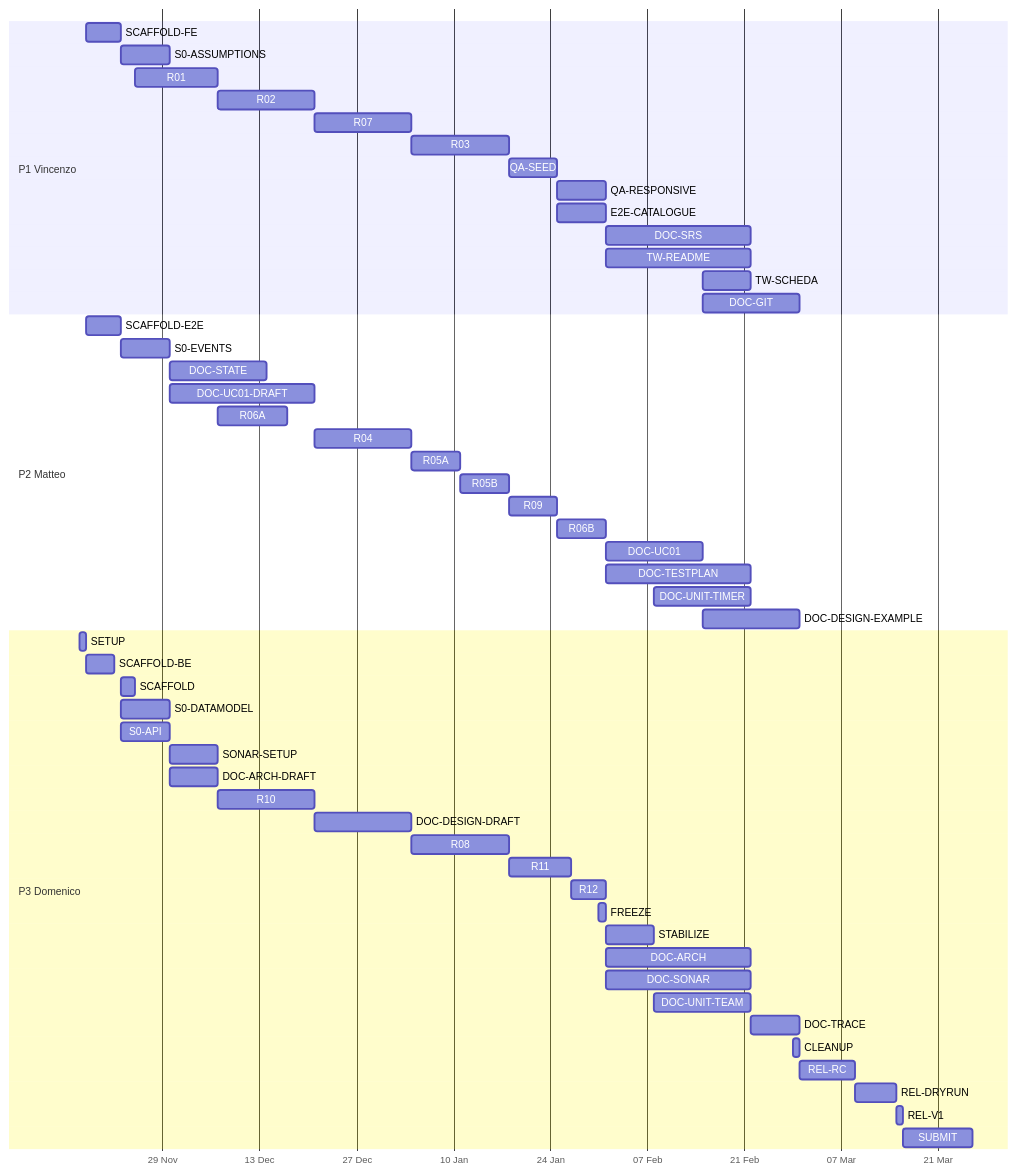
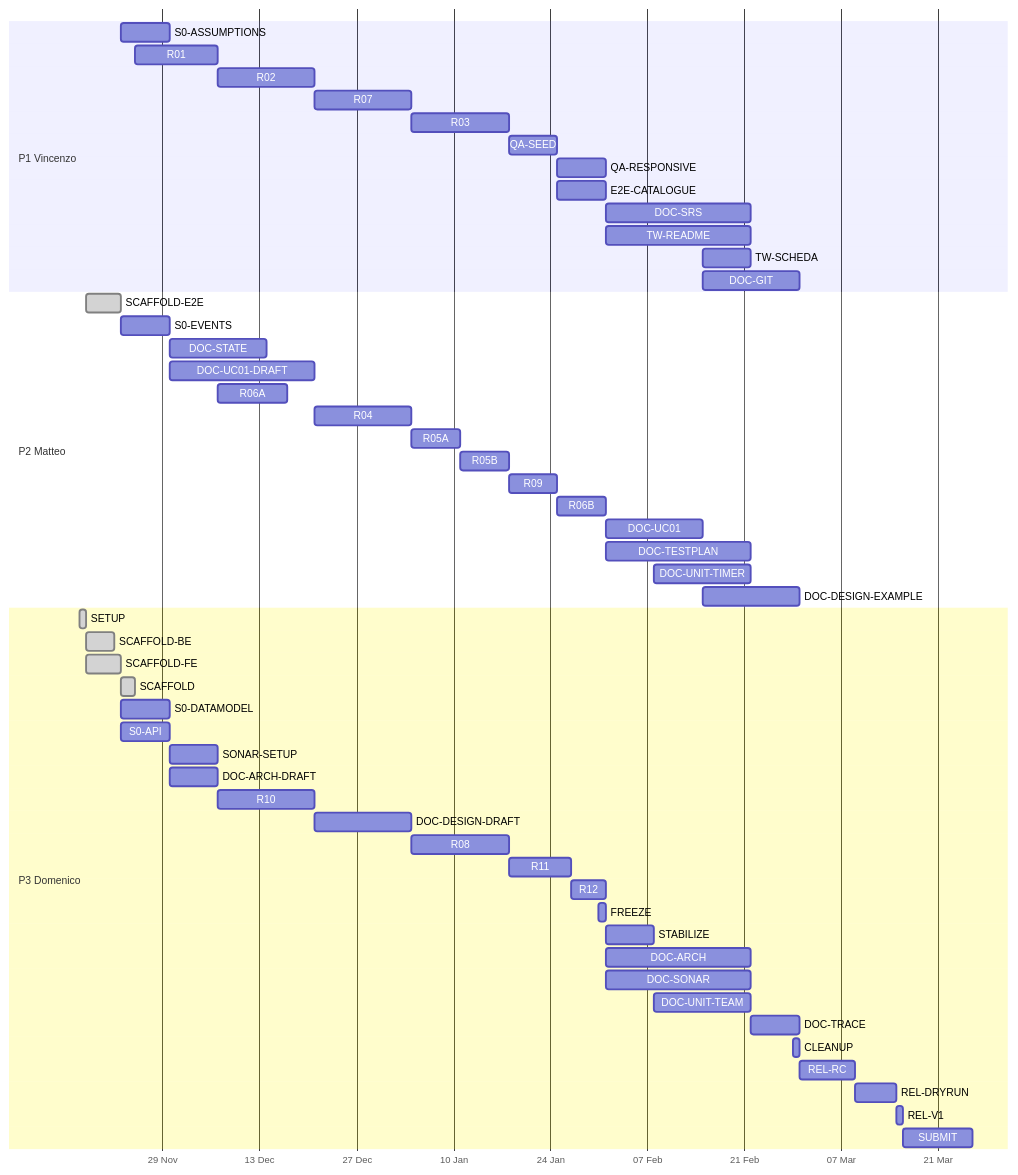
One commit to Mynamesdsuper/sidequest-group40 changed the third of 3 diagrams in docs/plan/PLAN.md. Above: the diagram before and after it, drawn with Mermaid. The commit also changed other lines of this file and 12 other files, not shown here.

````diff
--- a/docs/plan/PLAN.md
+++ b/docs/plan/PLAN.md
@@ -347,59 +347,59 @@
 ```mermaid
 gantt
   dateFormat YYYY-MM-DD
   axisFormat %d %b
   tickInterval 2week
   section P1 Vincenzo
-  SCAFFOLD-FE :scaffold_fe, 2026-11-18, 5d
   S0-ASSUMPTIONS :s0_assumptions, 2026-11-23, 7d
   R01 :r01, 2026-11-25, 12d
   R02 :r02, 2026-12-07, 14d
   R07 :r07, 2026-12-21, 14d
   R03 :r03, 2027-01-04, 14d
   QA-SEED :qa_seed, 2027-01-18, 7d
   QA-RESPONSIVE :qa_responsive, 2027-01-25, 7d
   E2E-CATALOGUE :e2e_catalogue, 2027-01-25, 7d
   DOC-SRS :doc_srs, 2027-02-01, 21d
   TW-README :tw_readme, 2027-02-01, 21d
   TW-SCHEDA :tw_scheda, 2027-02-15, 7d
   DOC-GIT :doc_git, 2027-02-15, 14d
   section P2 Matteo
-  SCAFFOLD-E2E :scaffold_e2e, 2026-11-18, 5d
+  SCAFFOLD-E2E :done, scaffold_e2e, 2026-11-18, 5d
   S0-EVENTS :s0_events, 2026-11-23, 7d
   DOC-STATE :doc_state, 2026-11-30, 14d
   DOC-UC01-DRAFT :doc_uc01_draft, 2026-11-30, 21d
   R06A :r06a, 2026-12-07, 10d
   R04 :r04, 2026-12-21, 14d
   R05A :r05a, 2027-01-04, 7d
   R05B :r05b, 2027-01-11, 7d
   R09 :r09, 2027-01-18, 7d
   R06B :r06b, 2027-01-25, 7d
   DOC-UC01 :doc_uc01, 2027-02-01, 14d
   DOC-TESTPLAN :doc_testplan, 2027-02-01, 21d
   DOC-UNIT-TIMER :doc_unit_timer, 2027-02-08, 14d
   DOC-DESIGN-EXAMPLE :doc_design_example, 2027-02-15, 14d
   section P3 Domenico
-  SETUP :setup, 2026-11-17, 1d
-  SCAFFOLD-BE :scaffold_be, 2026-11-18, 4d
-  SCAFFOLD :scaffold, 2026-11-23, 2d
+  SETUP :done, setup, 2026-11-17, 1d
+  SCAFFOLD-BE :done, scaffold_be, 2026-11-18, 4d
+  SCAFFOLD-FE :done, scaffold_fe, 2026-11-18, 5d
+  SCAFFOLD :done, scaffold, 2026-11-23, 2d
   S0-DATAMODEL :s0_datamodel, 2026-11-23, 7d
   S0-API :s0_api, 2026-11-23, 7d
   SONAR-SETUP :sonar_setup, 2026-11-30, 7d
   DOC-ARCH-DRAFT :doc_arch_draft, 2026-11-30, 7d
   R10 :r10, 2026-12-07, 14d
   DOC-DESIGN-DRAFT :doc_design_draft, 2026-12-21, 14d
   R08 :r08, 2027-01-04, 14d
   R11 :r11, 2027-01-18, 9d
   R12 :r12, 2027-01-27, 5d
   FREEZE :freeze, 2027-01-31, 1d
   STABILIZE :stabilize, 2027-02-01, 7d
   DOC-ARCH :doc_arch, 2027-02-01, 21d
   DOC-SONAR :doc_sonar, 2027-02-01, 21d
   DOC-UNIT-TEAM :doc_unit_team, 2027-02-08, 14d
   DOC-TRACE :doc_trace, 2027-02-22, 7d
   CLEANUP :cleanup, 2027-02-28, 1d
   REL-RC :rel_rc, 2027-03-01, 8d
   REL-DRYRUN :rel_dryrun, 2027-03-09, 6d
   REL-V1 :rel_v1, 2027-03-15, 1d
   SUBMIT :submit, 2027-03-16, 10d
 ```
````
